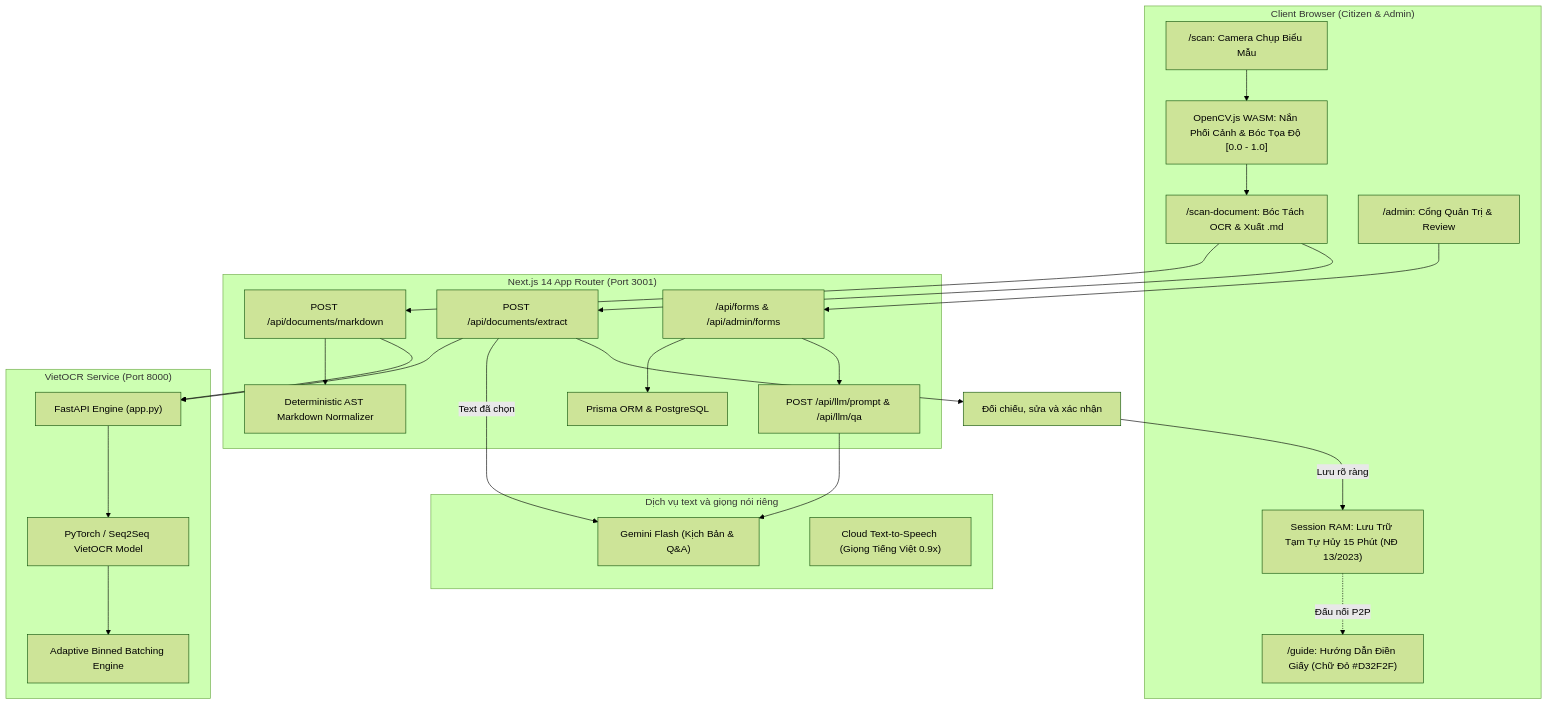
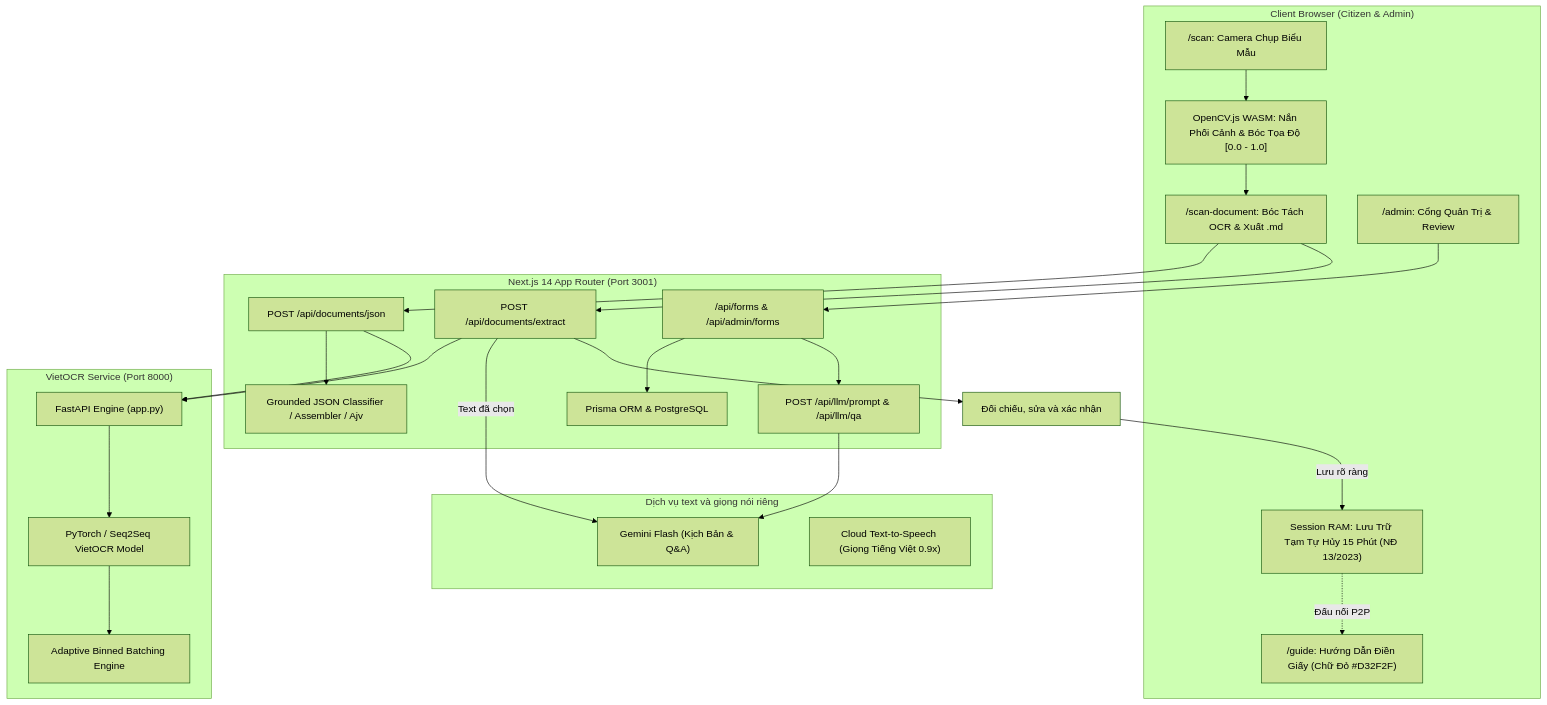
The diagram in docs/HUONG-DAN-CHAY-TAT-CA-CHUC-NANG.md (n22tk05/AFL-Platform), drawn with Mermaid (forest theme) before and after one commit. The commit also changed other lines of this file and 5 other files, not shown here.

Commit message:
docs: update system architecture and document extraction guides for JSON export

````diff
--- a/docs/HUONG-DAN-CHAY-TAT-CA-CHUC-NANG.md
+++ b/docs/HUONG-DAN-CHAY-TAT-CA-CHUC-NANG.md
@@ -47,49 +47,49 @@
 ```mermaid
 flowchart TD
     subgraph Client ["Client Browser (Citizen & Admin)"]
         UI1["/scan: Camera Chụp Biểu Mẫu"]
         UI2["/guide: Hướng Dẫn Điền Giấy (Chữ Đỏ #D32F2F)"]
         UI3["/scan-document: Bóc Tách OCR & Xuất .md"]
         UI4["/admin: Cổng Quản Trị & Review"]
         WASM["OpenCV.js WASM: Nắn Phối Cảnh & Bóc Tọa Độ [0.0 - 1.0]"]
         RAM["Session RAM: Lưu Trữ Tạm Tự Hủy 15 Phút (NĐ 13/2023)"]
     end
 
     subgraph NodeServer ["Next.js 14 App Router (Port 3001)"]
-        RouteDoc["POST /api/documents/markdown"]
+        RouteDoc["POST /api/documents/json"]
         RouteExtract["POST /api/documents/extract"]
         RouteForms["/api/forms & /api/admin/forms"]
         RouteLLM["POST /api/llm/prompt & /api/llm/qa"]
-        Assembler["Deterministic AST Markdown Normalizer"]
+        Assembler["Grounded JSON Classifier / Assembler / Ajv"]
         Prisma["Prisma ORM & PostgreSQL"]
     end
 
     subgraph PythonMicroservice ["VietOCR Service (Port 8000)"]
         FastAPI["FastAPI Engine (app.py)"]
         Torch["PyTorch / Seq2Seq VietOCR Model"]
         Batch["Adaptive Binned Batching Engine"]
     end
 
     subgraph ExternalCloud ["Dịch vụ text và giọng nói riêng"]
         Gemini["Gemini Flash (Kịch Bản & Q&A)"]
         TTS["Cloud Text-to-Speech (Giọng Tiếng Việt 0.9x)"]
     end
 
     UI1 --> WASM
     WASM --> UI3
     RAM -.->|Đấu nối P2P| UI2
     UI3 --> RouteDoc
     RouteDoc --> Assembler
     RouteDoc --> FastAPI
     UI3 --> RouteExtract
     RouteExtract --> FastAPI
     RouteExtract -->|Text đã chọn| Gemini
     RouteExtract --> Review["Đối chiếu, sửa và xác nhận"]
     Review -->|Lưu rõ ràng| RAM
     FastAPI --> Torch
     Torch --> Batch
     UI4 --> RouteForms
     RouteForms --> Prisma
     RouteForms --> RouteLLM
     RouteLLM --> Gemini
 ```
````
